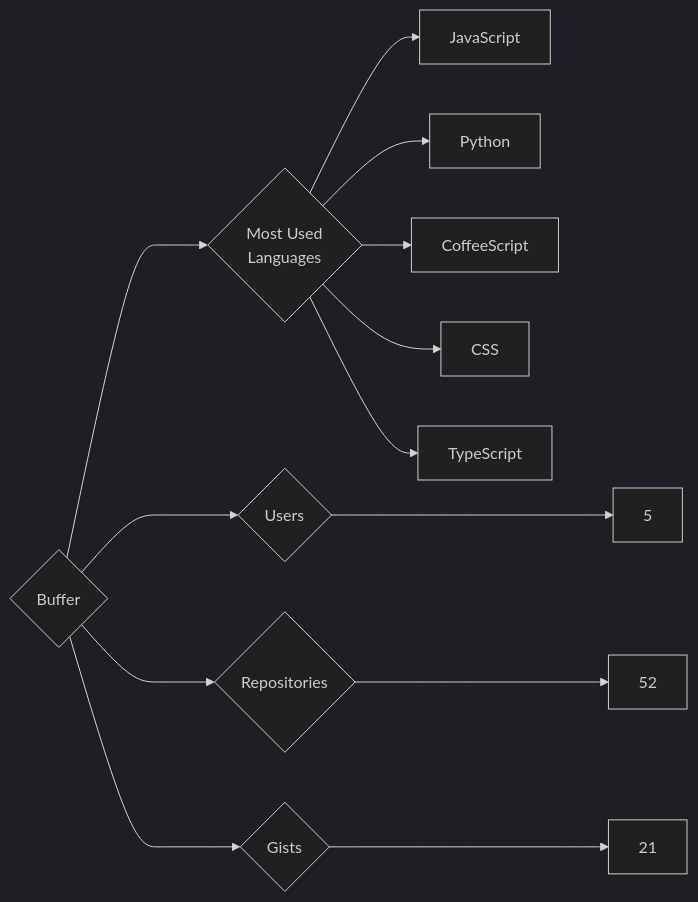
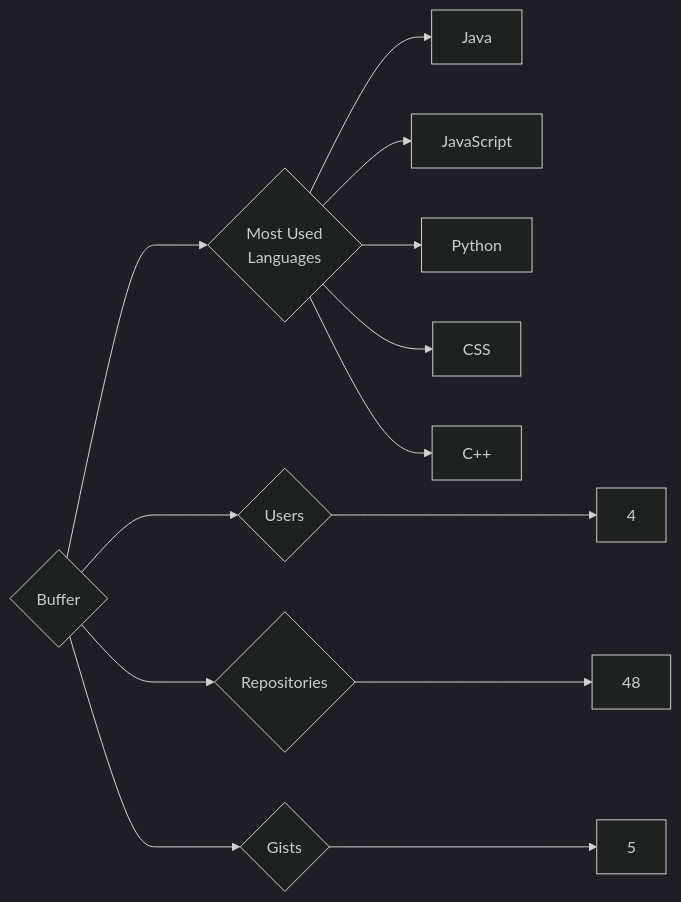
The diagram in targets/Buffer/README.md (trickest/insiders), drawn with Mermaid (dark theme) before and after one commit. The commit also changed 942 other files, not shown here.

````diff
--- a/targets/Buffer/README.md
+++ b/targets/Buffer/README.md
@@ -3,13 +3,13 @@
 ```mermaid
 graph LR
 COMPANY_NAME{Buffer}
-COMPANY_NAME ---> U{Users} ---> UN[5]
-COMPANY_NAME ---> R{Repositories} ---> RN[52]
-COMPANY_NAME ---> G{Gists} ---> GN[21]
+COMPANY_NAME ---> U{Users} ---> UN[4]
+COMPANY_NAME ---> R{Repositories} ---> RN[48]
+COMPANY_NAME ---> G{Gists} ---> GN[5]
 COMPANY_NAME ---> ML{Most Used<br>Languages}
+ML --> Java[Java]
 ML --> JavaScript[JavaScript]
 ML --> Python[Python]
-ML --> CoffeeScript[CoffeeScript]
 ML --> CSS[CSS]
-ML --> TypeScript[TypeScript]
+ML --> C++[C++]
 ```
````
